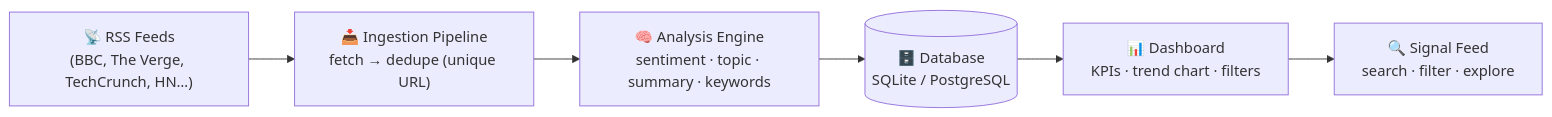
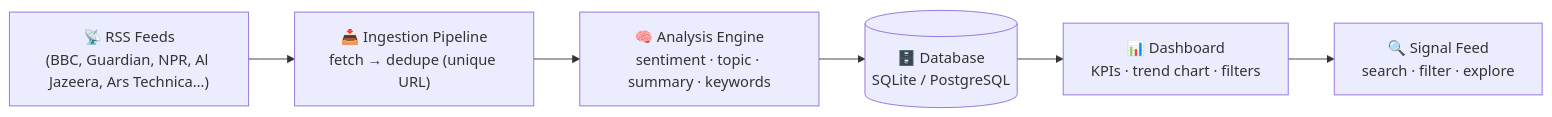
The diagram in README.md (ShervinBabaei2007/SignalDesk), drawn with Mermaid before and after one commit. The commit also changed other lines of this file and 21 other files, not shown here.

````diff
--- a/README.md
+++ b/README.md
@@ -18,8 +18,8 @@
 ```mermaid
 graph LR
-    A["📡 RSS Feeds<br/>(BBC, The Verge, TechCrunch, HN…)"] --> B["📥 Ingestion Pipeline<br/>fetch → dedupe (unique URL)"]
+    A["📡 RSS Feeds<br/>(BBC, Guardian, NPR, Al Jazeera, Ars Technica…)"] --> B["📥 Ingestion Pipeline<br/>fetch → dedupe (unique URL)"]
     B --> C["🧠 Analysis Engine<br/>sentiment · topic · summary · keywords"]
     C --> D[("🗄️ Database<br/>SQLite / PostgreSQL")]
     D --> E["📊 Dashboard<br/>KPIs · trend chart · filters"]
     E --> F["🔍 Signal Feed<br/>search · filter · explore"]
 ```
````
